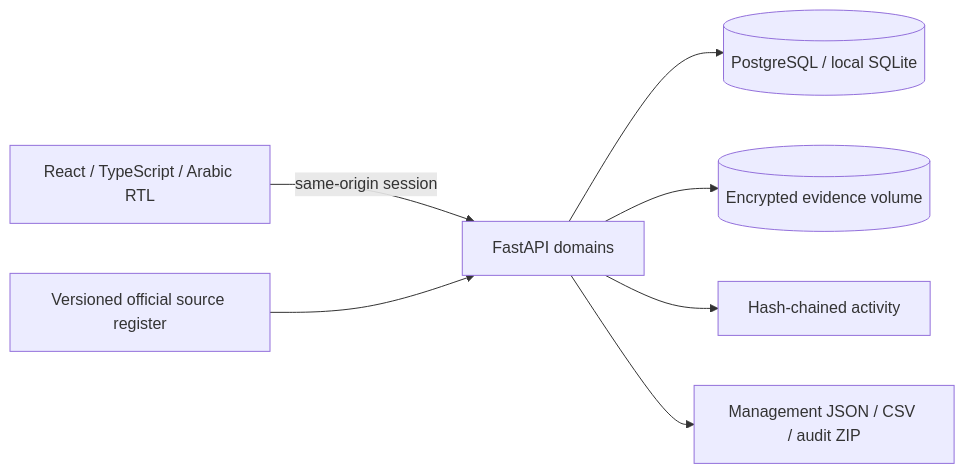
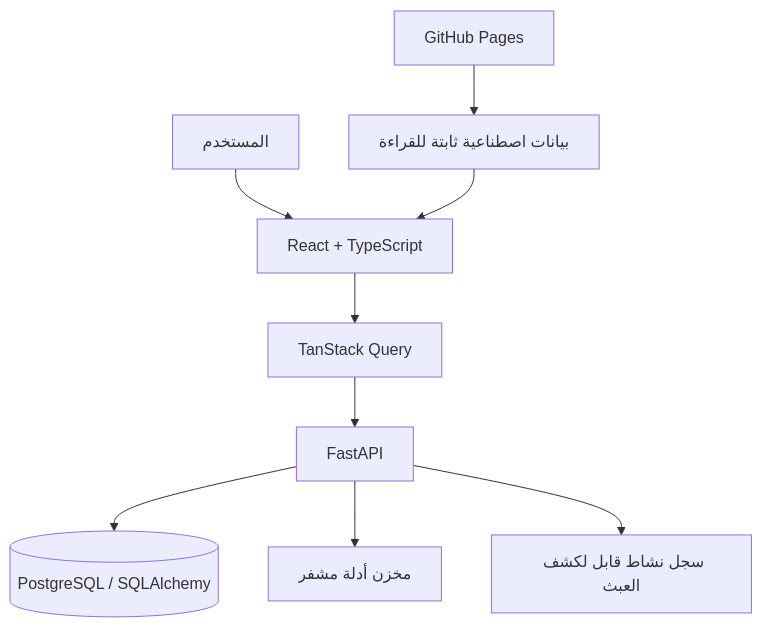
One commit to ish3-is/MIZAN-GRC changed the second of 2 diagrams in README.md. Above: the diagram before and after it, drawn with Mermaid. The commit also changed other lines of this file and 18 other files, not shown here.

Commit message:
feat: publish management showcase on GitHub Pages

````diff
--- a/README.md
+++ b/README.md
@@ -76,9 +134,11 @@
 ```mermaid
-flowchart LR
-  UI[React / TypeScript / Arabic RTL] -->|same-origin session| API[FastAPI domains]
-  API --> DB[(PostgreSQL / local SQLite)]
-  API --> EV[(Encrypted evidence volume)]
-  API --> LOG[Hash-chained activity]
-  REG[Versioned official source register] --> API
-  API --> OUT[Management JSON / CSV / audit ZIP]
+flowchart TB
+    U[المستخدم] --> R[React + TypeScript]
+    R --> Q[TanStack Query]
+    Q --> API[FastAPI]
+    API --> DB[(PostgreSQL / SQLAlchemy)]
+    API --> EV[مخزن أدلة مشفر]
+    API --> AL[سجل نشاط قابل لكشف العبث]
+    P[GitHub Pages] --> S[بيانات اصطناعية ثابتة للقراءة]
+    S --> R
 ```
````
